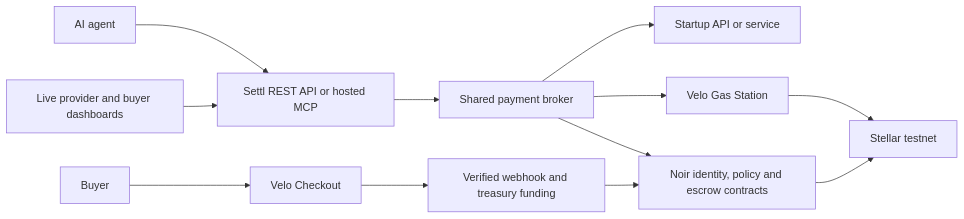
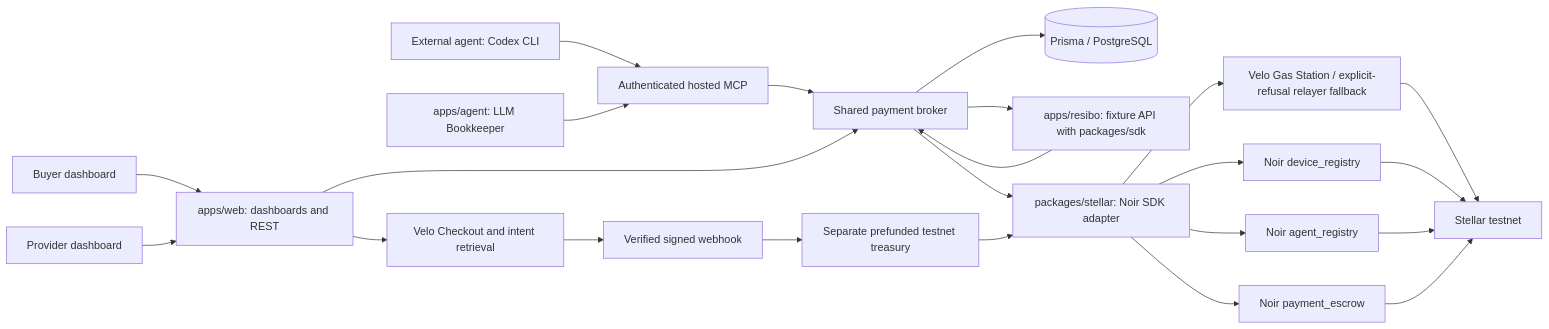
Before and after one commit to migsrvr/settl.ai: the diagram in README.md, drawn with Mermaid. The commit also changed other lines of this file and 20 other files, not shown here.

````diff
--- a/README.md
+++ b/README.md
@@ -24,14 +41,25 @@
 ```mermaid
 flowchart LR
-    Agent[AI agent] --> Gateway[Settl REST API or hosted MCP]
-    Gateway --> Broker[Shared payment broker]
-    Broker --> Service[Startup API or service]
-    Broker --> Noir[Noir identity, policy and escrow contracts]
-    Broker --> Gas[Velo Gas Station]
+    Buyer[Buyer dashboard] --> Web[apps/web: dashboards and REST]
+    Provider[Provider dashboard] --> Web
+    External[External agent: Codex CLI] --> MCP[Authenticated hosted MCP]
+    Agent[apps/agent: LLM Bookkeeper] --> MCP
+    MCP --> Broker[Shared payment broker]
+    Web --> Broker
+    Broker --> DB[(Prisma / PostgreSQL)]
+    Broker --> API[apps/resibo: fixture API with packages/sdk]
+    API --> Broker
+    Broker --> Adapter[packages/stellar: Noir SDK adapter]
+    Adapter --> Device[Noir device_registry]
+    Adapter --> Policy[Noir agent_registry]
+    Adapter --> Escrow[Noir payment_escrow]
+    Adapter --> Gas[Velo Gas Station / explicit-refusal relayer fallback]
     Gas --> Stellar[Stellar testnet]
-    Noir --> Stellar
-    Buyer[Buyer] --> Checkout[Velo Checkout]
-    Checkout --> Funding[Verified webhook and treasury funding]
-    Funding --> Noir
-    Dashboards[Live provider and buyer dashboards] --> Gateway
+    Device --> Stellar
+    Policy --> Stellar
+    Escrow --> Stellar
+    Web --> Checkout[Velo Checkout and intent retrieval]
+    Checkout --> Hook[Verified signed webhook]
+    Hook --> Treasury[Separate prefunded testnet treasury]
+    Treasury --> Adapter
 ```
````
